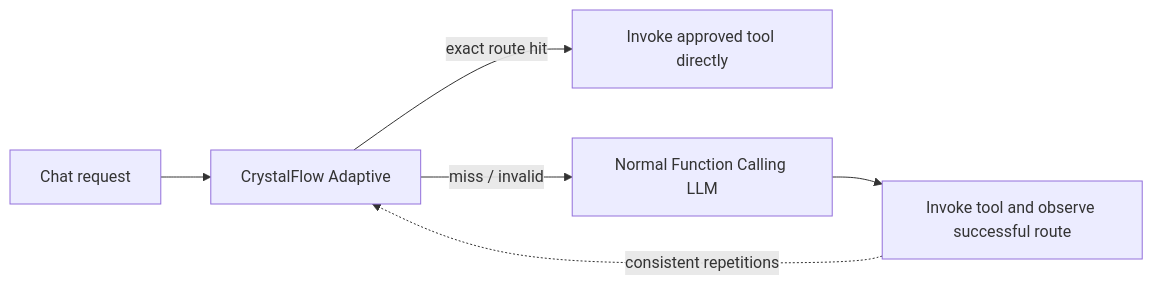
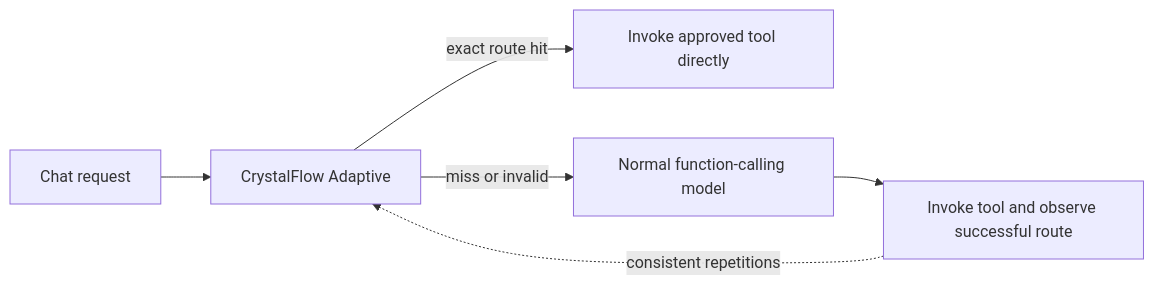
The diagram in README.md (BegovicBenjamin/Crystalflow-Dify), drawn with Mermaid before and after one commit. The commit also changed other lines of this file and 7 other files, not shown here.

````diff
--- a/README.md
+++ b/README.md
@@ -108,8 +67,8 @@
 ```mermaid
 flowchart LR
     A[Chat request] --> B[CrystalFlow Adaptive]
     B -->|exact route hit| C[Invoke approved tool directly]
-    B -->|miss / invalid| D[Normal Function Calling LLM]
+    B -->|miss or invalid| D[Normal function-calling model]
     D --> E[Invoke tool and observe successful route]
     E -. consistent repetitions .-> B
 ```
````
